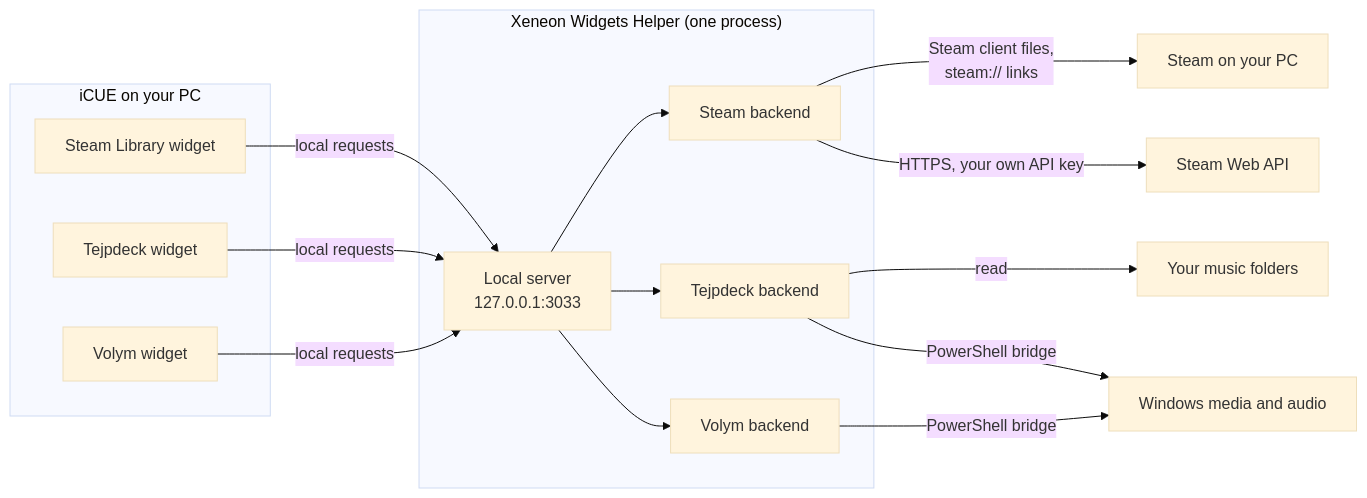
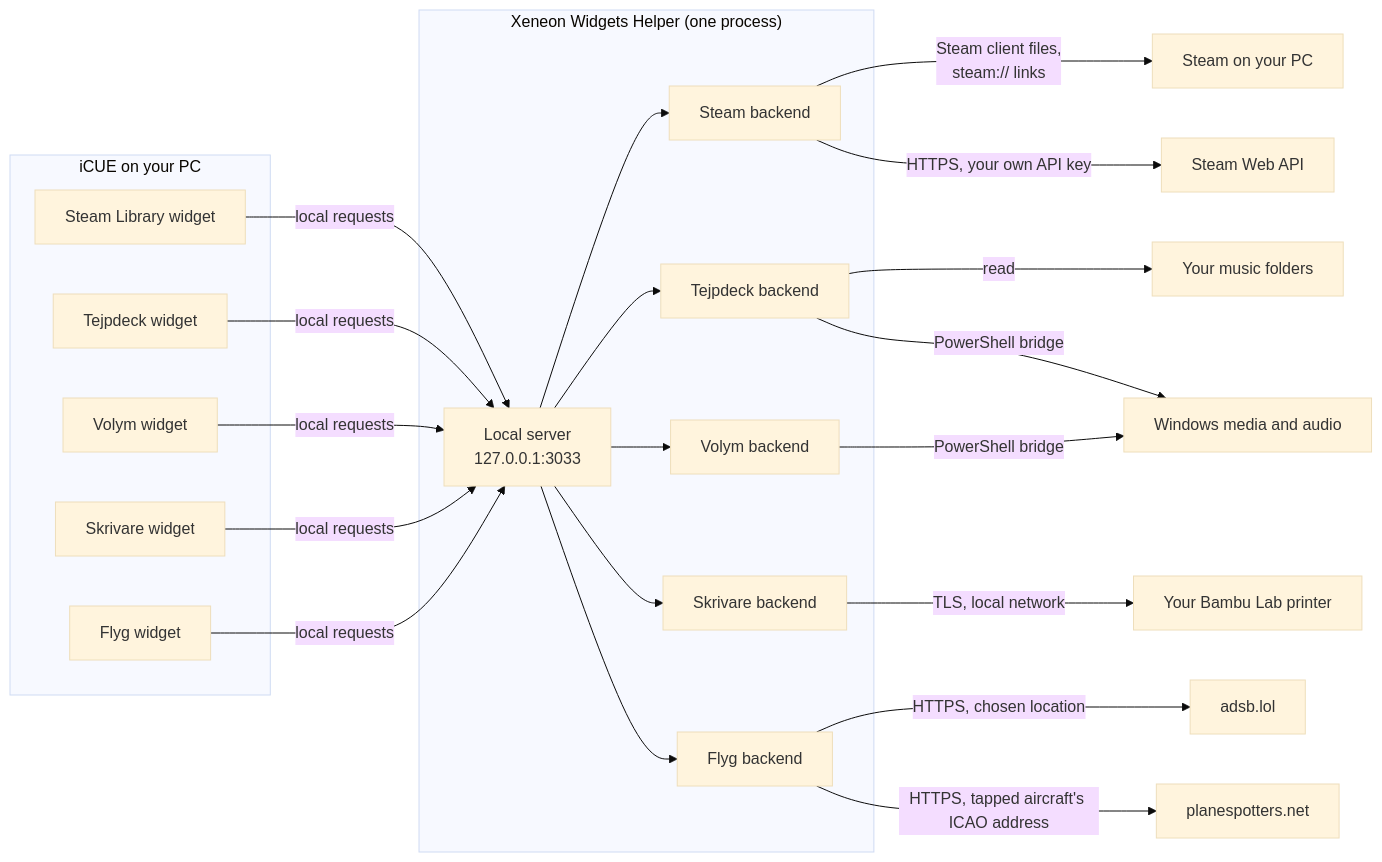
The diagram in README.md (ensamvarg360/xeneon-widgets-helper), drawn with Mermaid (base theme) before and after one commit. The commit also changed other lines of this file and 3 other files, not shown here.

````diff
--- a/README.md
+++ b/README.md
@@ -124,20 +128,27 @@
 ```mermaid
 flowchart LR
     subgraph iCUE["iCUE on your PC"]
         W1["Steam Library widget"]
         W2["Tejpdeck widget"]
         W3["Volym widget"]
+        W4["Skrivare widget"]
+        W5["Flyg widget"]
     end
     subgraph Helper["Xeneon Widgets Helper (one process)"]
         H["Local server<br/>127.0.0.1:3033"]
         B1["Steam backend"]
         B2["Tejpdeck backend"]
         B3["Volym backend"]
-        H --> B1 & B2 & B3
+        B4["Skrivare backend"]
+        B5["Flyg backend"]
+        H --> B1 & B2 & B3 & B4 & B5
     end
-    W1 & W2 & W3 -- "local requests" --> H
+    W1 & W2 & W3 & W4 & W5 -- "local requests" --> H
+    B4 -- "TLS, local network" --> P["Your Bambu Lab printer"]
     B1 -- "Steam client files,<br/>steam:// links" --> S["Steam on your PC"]
     B1 -- "HTTPS, your own API key" --> V["Steam Web API"]
     B2 -- "read" --> M["Your music folders"]
     B2 & B3 -- "PowerShell bridge" --> A["Windows media and audio"]
+    B5 -- "HTTPS, chosen location" --> F["adsb.lol"]
+    B5 -- "HTTPS, tapped aircraft's ICAO address" --> PS["planespotters.net"]
 ```
````
